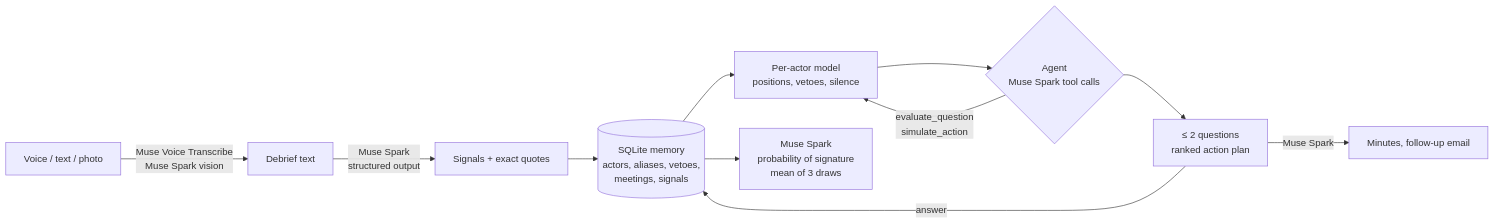
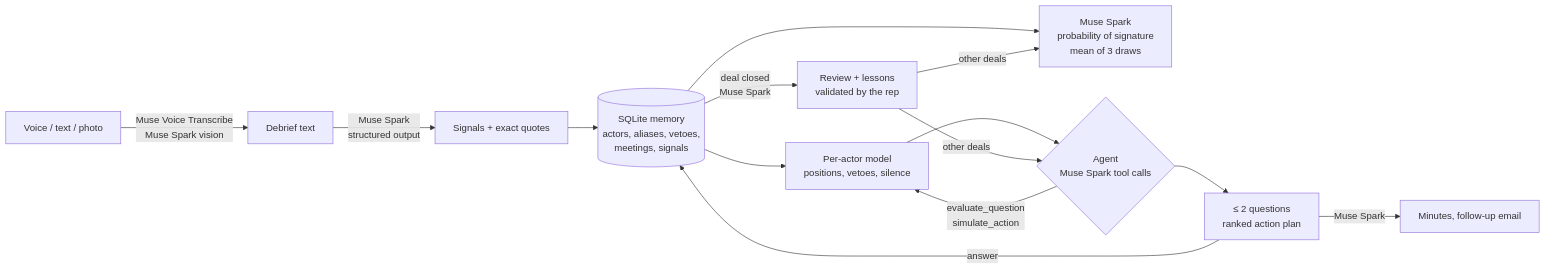
Before and after one commit to copiloteLoading/deal-copilot: the diagram in README.md, drawn with Mermaid. The commit also changed other lines of this file and 97 other files, not shown here.

First line of the commit message:
Close deals with a reviewed end-of-deal retrospective and reuse its lessons

````diff
--- a/README.md
+++ b/README.md
@@ -51,13 +53,16 @@
 ```mermaid
 flowchart LR
     A[Voice / text / photo] -->|Muse Voice Transcribe<br/>Muse Spark vision| B[Debrief text]
     B -->|Muse Spark<br/>structured output| C[Signals + exact quotes]
     C --> D[(SQLite memory<br/>actors, aliases, vetoes,<br/>meetings, signals)]
     D --> E[Per-actor model<br/>positions, vetoes, silence]
     D --> P[Muse Spark<br/>probability of signature<br/>mean of 3 draws]
     E --> F{Agent<br/>Muse Spark tool calls}
     F -->|evaluate_question<br/>simulate_action| E
     F --> G[≤ 2 questions<br/>ranked action plan]
     G -->|answer| D
     G -->|Muse Spark| H[Minutes, follow-up email]
+    D -->|deal closed<br/>Muse Spark| R[Review + lessons<br/>validated by the rep]
+    R -->|other deals| P
+    R -->|other deals| F
 ```
````
